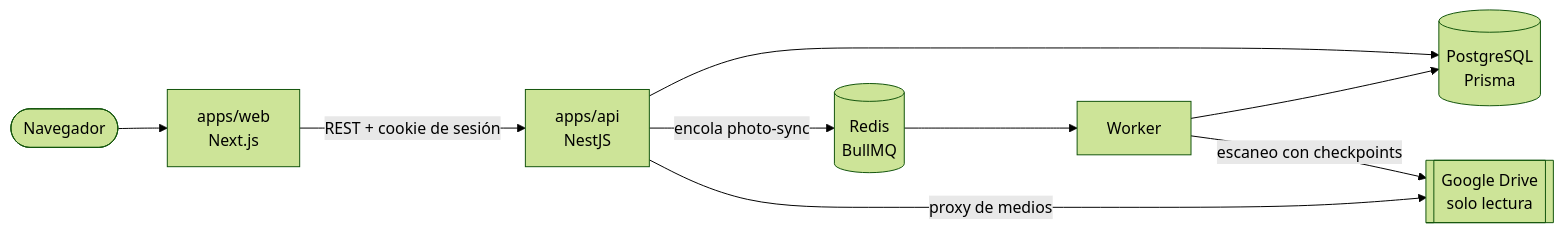
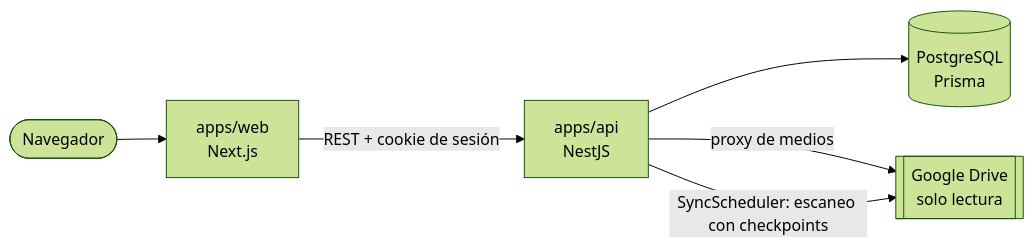
The diagram in README.md (aadolfo8/linea-de-vida), drawn with Mermaid (forest theme) before and after one commit. The commit also changed other lines of this file and 26 other files, not shown here.

First line of the commit message:
refactor: run syncs in the API with a SyncRun-backed scheduler, drop the worker, BullMQ and Redis

````diff
--- a/README.md
+++ b/README.md
@@ -140,11 +139,8 @@
 ```mermaid
 flowchart LR
     U([Navegador]) --> W["apps/web<br/>Next.js"]
     W -- "REST + cookie de sesión" --> A["apps/api<br/>NestJS"]
     A --> P[("PostgreSQL<br/>Prisma")]
-    A -- "encola photo-sync" --> R[("Redis<br/>BullMQ")]
-    R --> K["Worker"]
-    K --> P
     A -- "proxy de medios" --> G[["Google Drive<br/>solo lectura"]]
-    K -- "escaneo con checkpoints" --> G
+    A -- "SyncScheduler: escaneo con checkpoints" --> G
 ```
````
